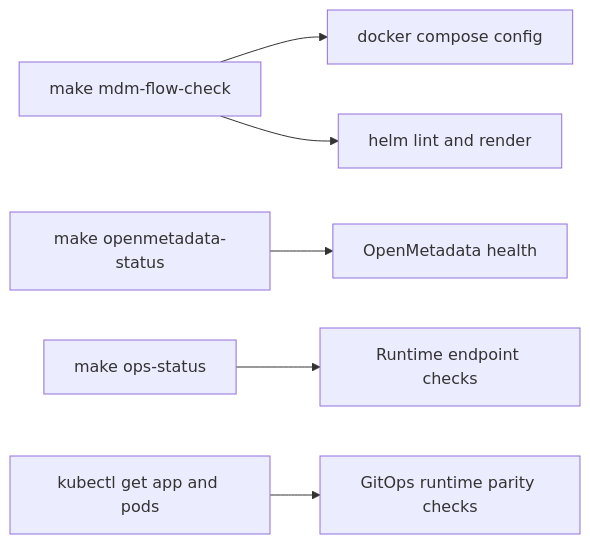
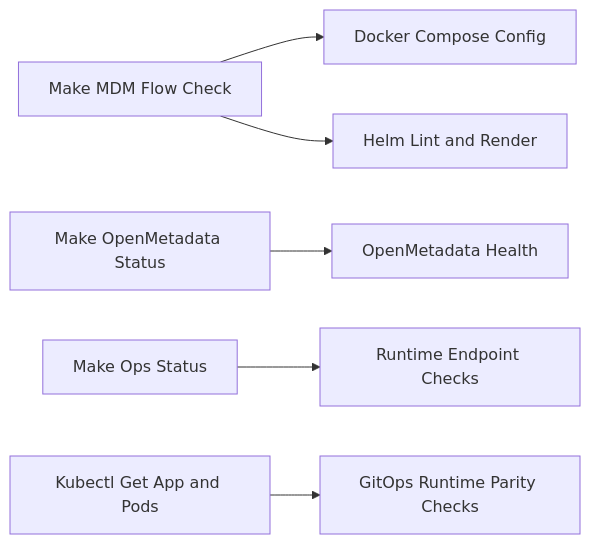
One commit to paulchen8206/Full-Stack-Modern-Data-Architecture-and-Engineering changed the ninth of 9 diagrams in docs/architecture.md. Above: the diagram before and after it, drawn with Mermaid. The commit also changed other lines of this file and 122 other files, not shown here.

````diff
--- a/docs/architecture.md
+++ b/docs/architecture.md
@@ -828,8 +828,8 @@
 ```mermaid
 flowchart LR
-  A[make mdm-flow-check] --> B[docker compose config]
-  A --> C[helm lint and render]
-  D[make openmetadata-status] --> E[OpenMetadata health]
-  F[make ops-status] --> G[Runtime endpoint checks]
-  H[kubectl get app and pods] --> I[GitOps runtime parity checks]
+  A[Make MDM Flow Check] --> B[Docker Compose Config]
+  A --> C[Helm Lint and Render]
+  D[Make OpenMetadata Status] --> E[OpenMetadata Health]
+  F[Make Ops Status] --> G[Runtime Endpoint Checks]
+  H[Kubectl Get App and Pods] --> I[GitOps Runtime Parity Checks]
 ```
````
